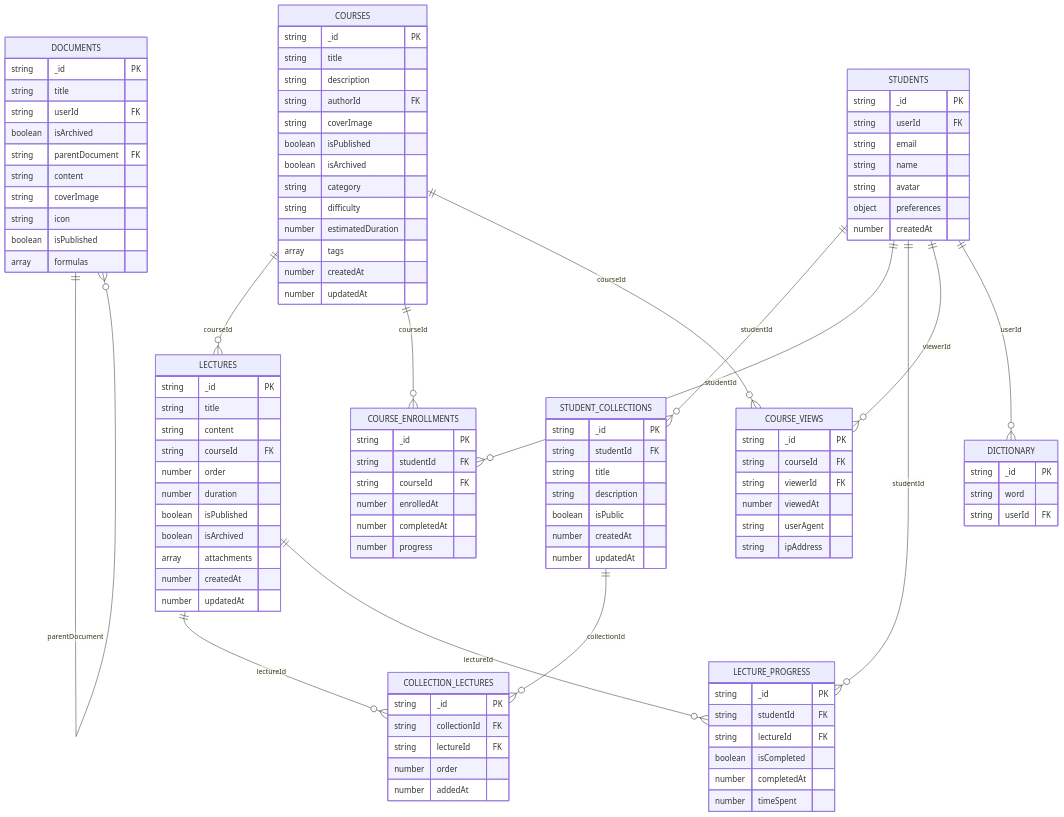
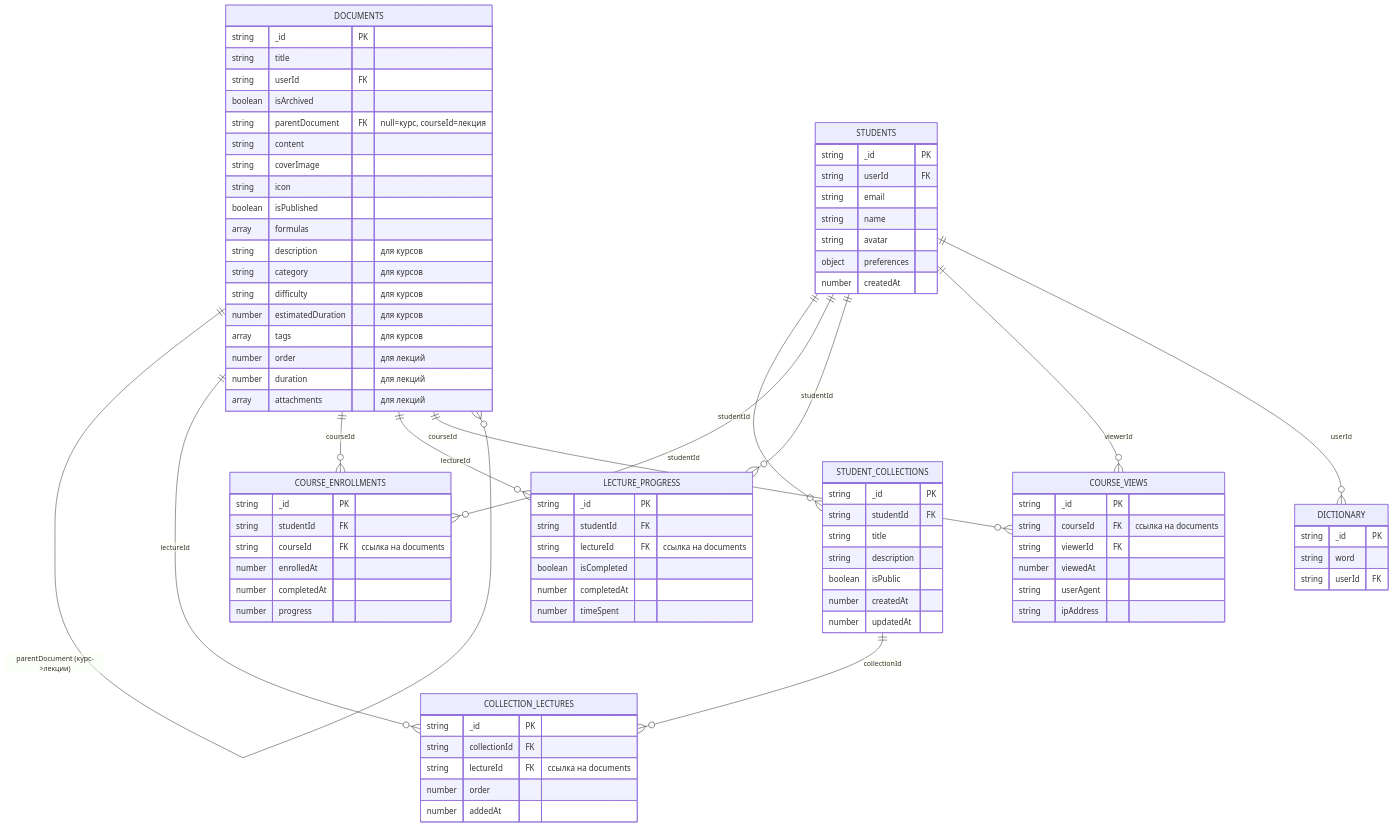
The second of 11 diagrams in ARCHITECTURE_DIAGRAM.md (a1x02/BiGOR_2.0), drawn with Mermaid before and after one commit. The commit also changed other lines of this file and 4 other files, not shown here.

````diff
--- a/ARCHITECTURE_DIAGRAM.md
+++ b/ARCHITECTURE_DIAGRAM.md
@@ -40,42 +40,20 @@
         string title
         string userId FK
         boolean isArchived
-        string parentDocument FK
+        string parentDocument FK "null=курс, courseId=лекция"
         string content
         string coverImage
         string icon
         boolean isPublished
         array formulas
-    }
-
-    COURSES {
-        string _id PK
-        string title
-        string description
-        string authorId FK
-        string coverImage
-        boolean isPublished
-        boolean isArchived
-        string category
-        string difficulty
-        number estimatedDuration
-        array tags
-        number createdAt
-        number updatedAt
-    }
-
-    LECTURES {
-        string _id PK
-        string title
-        string content
-        string courseId FK
-        number order
-        number duration
-        boolean isPublished
-        boolean isArchived
-        array attachments
-        number createdAt
-        number updatedAt
+        string description "для курсов"
+        string category "для курсов"
+        string difficulty "для курсов"
+        number estimatedDuration "для курсов"
+        array tags "для курсов"
+        number order "для лекций"
+        number duration "для лекций"
+        array attachments "для лекций"
     }
 
     STUDENTS {
@@ -101,7 +79,7 @@
     COLLECTION_LECTURES {
         string _id PK
         string collectionId FK
-        string lectureId FK
+        string lectureId FK "ссылка на documents"
         number order
         number addedAt
     }
@@ -109,7 +87,7 @@
     COURSE_ENROLLMENTS {
         string _id PK
         string studentId FK
-        string courseId FK
+        string courseId FK "ссылка на documents"
         number enrolledAt
         number completedAt
         number progress
@@ -118,7 +96,7 @@
     LECTURE_PROGRESS {
         string _id PK
         string studentId FK
-        string lectureId FK
+        string lectureId FK "ссылка на documents"
         boolean isCompleted
         number completedAt
         number timeSpent
@@ -126,7 +104,7 @@
 
     COURSE_VIEWS {
         string _id PK
-        string courseId FK
+        string courseId FK "ссылка на documents"
         string viewerId FK
         number viewedAt
         string userAgent
@@ -140,16 +118,15 @@
     }
 
     %% Связи между таблицами
-    DOCUMENTS ||--o{ DOCUMENTS : "parentDocument"
-    COURSES ||--o{ LECTURES : "courseId"
+    DOCUMENTS ||--o{ DOCUMENTS : "parentDocument (курс->лекции)"
     STUDENTS ||--o{ STUDENT_COLLECTIONS : "studentId"
     STUDENT_COLLECTIONS ||--o{ COLLECTION_LECTURES : "collectionId"
-    LECTURES ||--o{ COLLECTION_LECTURES : "lectureId"
+    DOCUMENTS ||--o{ COLLECTION_LECTURES : "lectureId"
     STUDENTS ||--o{ COURSE_ENROLLMENTS : "studentId"
-    COURSES ||--o{ COURSE_ENROLLMENTS : "courseId"
+    DOCUMENTS ||--o{ COURSE_ENROLLMENTS : "courseId"
     STUDENTS ||--o{ LECTURE_PROGRESS : "studentId"
-    LECTURES ||--o{ LECTURE_PROGRESS : "lectureId"
-    COURSES ||--o{ COURSE_VIEWS : "courseId"
+    DOCUMENTS ||--o{ LECTURE_PROGRESS : "lectureId"
+    DOCUMENTS ||--o{ COURSE_VIEWS : "courseId"
     STUDENTS ||--o{ COURSE_VIEWS : "viewerId"
     STUDENTS ||--o{ DICTIONARY : "userId"
 ```
````
